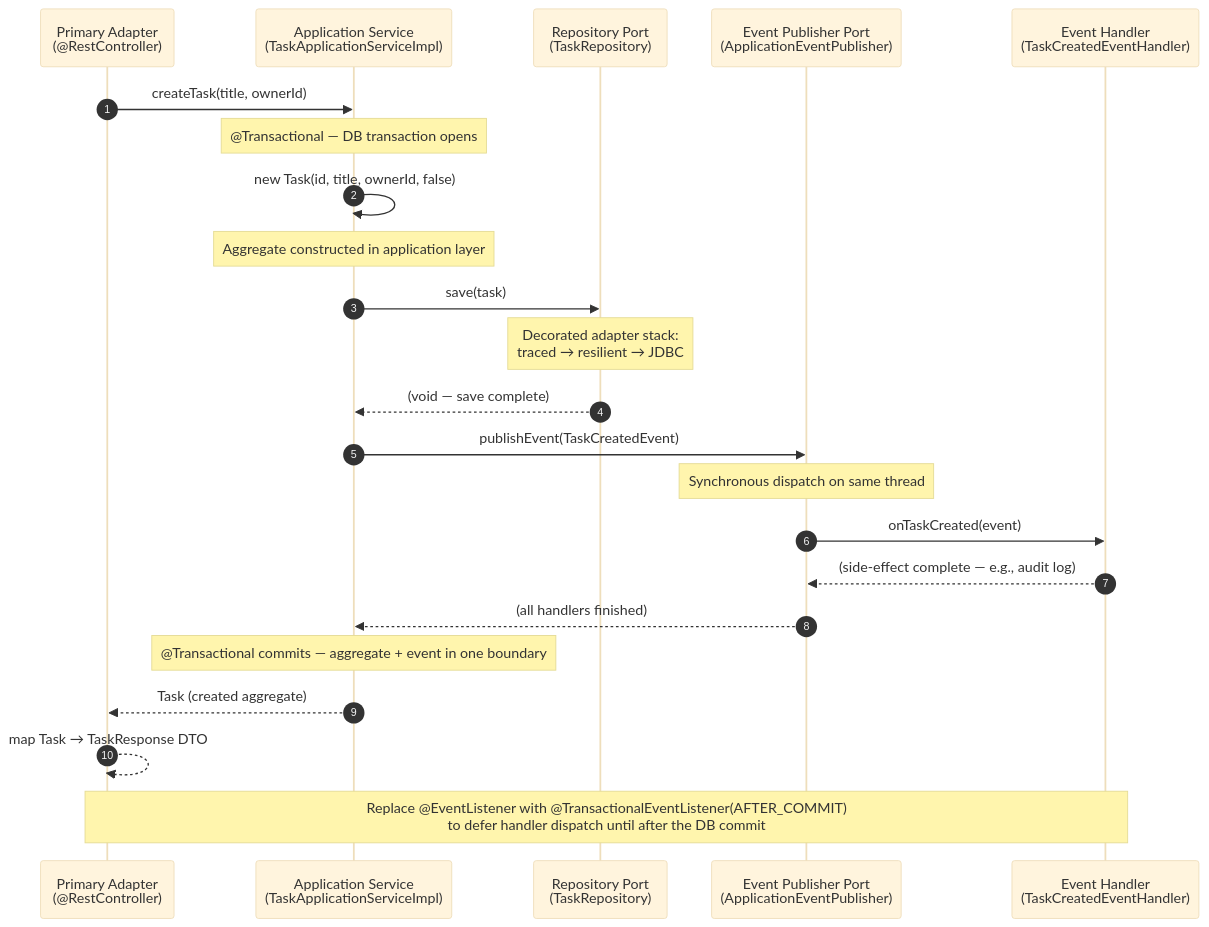
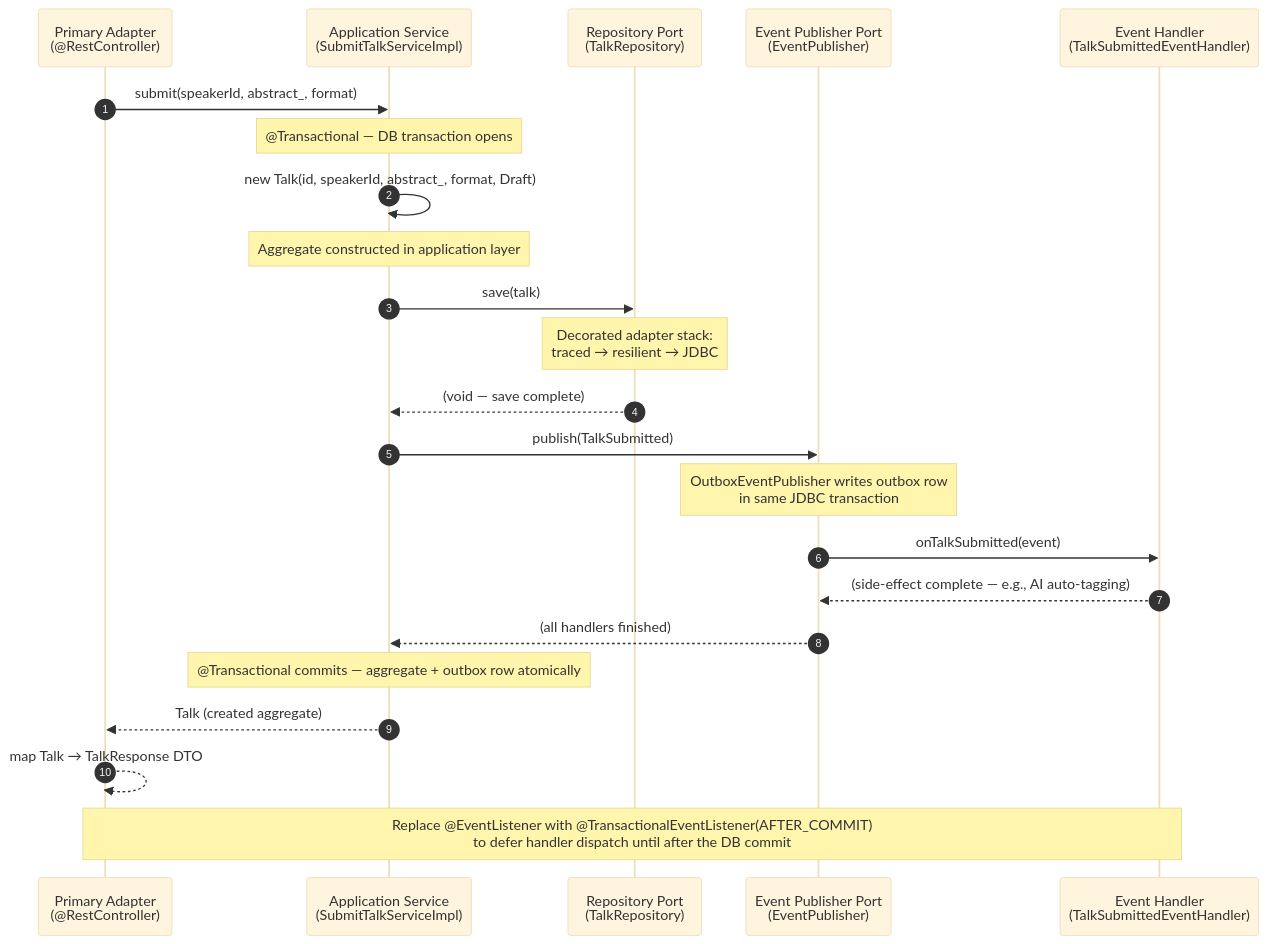
Before and after one commit to wahidyankf/open-sharia-enterprise: the second of 2 diagrams in apps/ayokoding-web/content/en/learn/software-engineering/architecture/ddd-hexagonal-in-practice/oop-in-the-field/advanced.md, drawn with Mermaid (base theme). The commit also changed other lines of this file and 11 other files, not shown here.

````diff
--- a/apps/ayokoding-web/content/en/learn/software-engineering/architecture/ddd-hexagonal-in-practice/oop-in-the-field/advanced.md
+++ b/apps/ayokoding-web/content/en/learn/software-engineering/architecture/ddd-hexagonal-in-practice/oop-in-the-field/advanced.md
@@ -1553,34 +1379,34 @@
 ```mermaid
 sequenceDiagram
     autonumber
     participant Controller as Primary Adapter<br/>(@RestController)
-    participant AppService as Application Service<br/>(TaskApplicationServiceImpl)
-    participant Repository as Repository Port<br/>(TaskRepository)
-    participant Publisher as Event Publisher Port<br/>(ApplicationEventPublisher)
-    participant Handler as Event Handler<br/>(TaskCreatedEventHandler)
+    participant AppService as Application Service<br/>(SubmitTalkServiceImpl)
+    participant Repository as Repository Port<br/>(TalkRepository)
+    participant Publisher as Event Publisher Port<br/>(EventPublisher)
+    participant Handler as Event Handler<br/>(TalkSubmittedEventHandler)
 
-    Controller->>AppService: createTask(title, ownerId)
+    Controller->>AppService: submit(speakerId, abstract_, format)
     note over AppService: @Transactional — DB transaction opens
 
-    AppService->>AppService: new Task(id, title, ownerId, false)
+    AppService->>AppService: new Talk(id, speakerId, abstract_, format, Draft)
     note over AppService: Aggregate constructed in application layer
 
-    AppService->>Repository: save(task)
+    AppService->>Repository: save(talk)
     note over Repository: Decorated adapter stack:<br/>traced → resilient → JDBC
 
     Repository-->>AppService: (void — save complete)
 
-    AppService->>Publisher: publishEvent(TaskCreatedEvent)
-    note over Publisher: Synchronous dispatch on same thread
+    AppService->>Publisher: publish(TalkSubmitted)
+    note over Publisher: OutboxEventPublisher writes outbox row<br/>in same JDBC transaction
 
-    Publisher->>Handler: onTaskCreated(event)
-    Handler-->>Publisher: (side-effect complete — e.g., audit log)
+    Publisher->>Handler: onTalkSubmitted(event)
+    Handler-->>Publisher: (side-effect complete — e.g., AI auto-tagging)
 
     Publisher-->>AppService: (all handlers finished)
-    note over AppService: @Transactional commits — aggregate + event in one boundary
+    note over AppService: @Transactional commits — aggregate + outbox row atomically
 
-    AppService-->>Controller: Task (created aggregate)
-    Controller-->>Controller: map Task → TaskResponse DTO
+    AppService-->>Controller: Talk (created aggregate)
+    Controller-->>Controller: map Talk → TalkResponse DTO
 
     note over Controller,Handler: Replace @EventListener with @TransactionalEventListener(AFTER_COMMIT)<br/>to defer handler dispatch until after the DB commit
 ```
````
